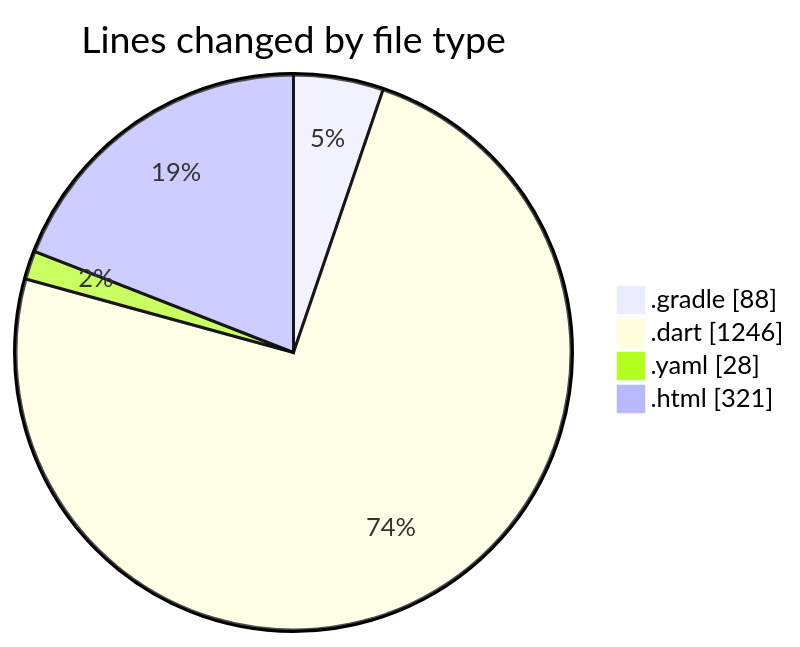
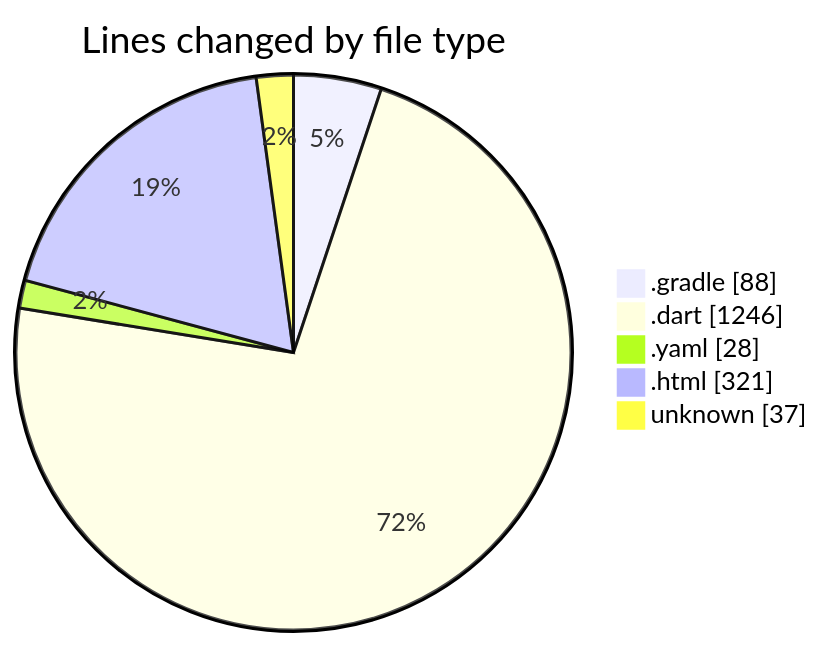
One commit to lephambinh05/code-tracking changed the first of 2 diagrams in 2025-09-07/quanlylink/README.md. Above: the diagram before and after it, drawn with Mermaid. The commit also changed other lines of this file and 1 other file, not shown here.

````diff
--- a/2025-09-07/quanlylink/README.md
+++ b/2025-09-07/quanlylink/README.md
@@ -30,8 +32,9 @@
 ```mermaid
 pie showData
 title Lines changed by file type
 ".gradle" : 88
 ".dart" : 1246
 ".yaml" : 28
 ".html" : 321
+"unknown" : 37
 ```
````
